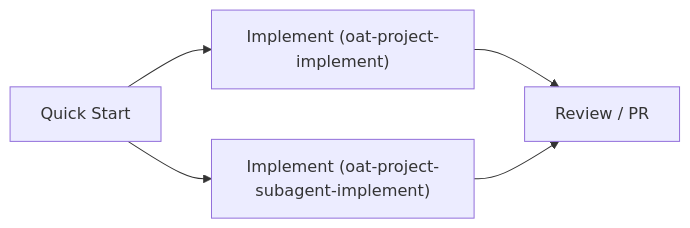
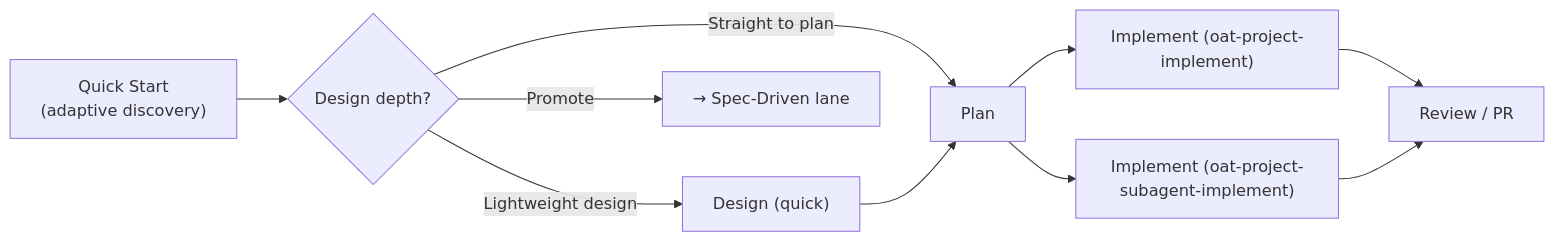
Before and after one commit to voxmedia/open-agent-toolkit: the second of 3 diagrams in apps/oat-docs/docs/workflow/lifecycle.md, drawn with Mermaid. The commit also changed other lines of this file and 8 other files, not shown here.

````diff
--- a/apps/oat-docs/docs/workflow/lifecycle.md
+++ b/apps/oat-docs/docs/workflow/lifecycle.md
@@ -65,7 +66,11 @@
 ```mermaid
 flowchart LR
-  Q["Quick Start"] --> QI1["Implement (oat-project-implement)"]
-  Q --> QI2["Implement (oat-project-subagent-implement)"]
+  Q["Quick Start\n(adaptive discovery)"] --> D{"Design depth?"}
+  D -->|Straight to plan| P["Plan"]
+  D -->|Lightweight design| LD["Design (quick)"] --> P
+  D -->|Promote| SD["→ Spec-Driven lane"]
+  P --> QI1["Implement (oat-project-implement)"]
+  P --> QI2["Implement (oat-project-subagent-implement)"]
   QI1 --> QR["Review / PR"]
   QI2 --> QR
 ```
````
